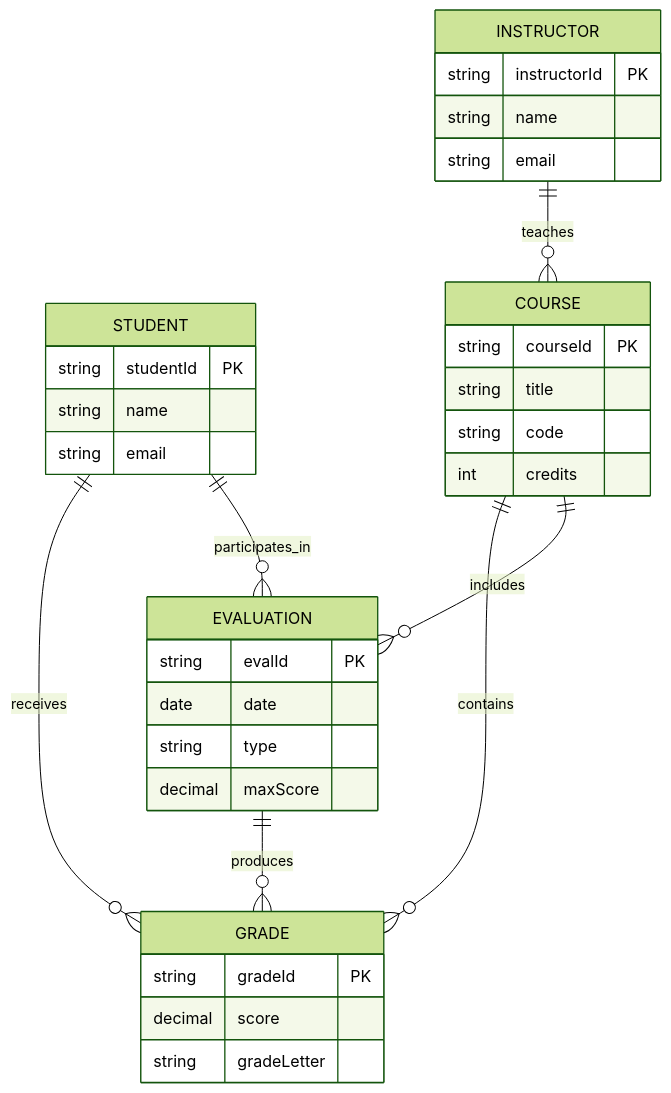
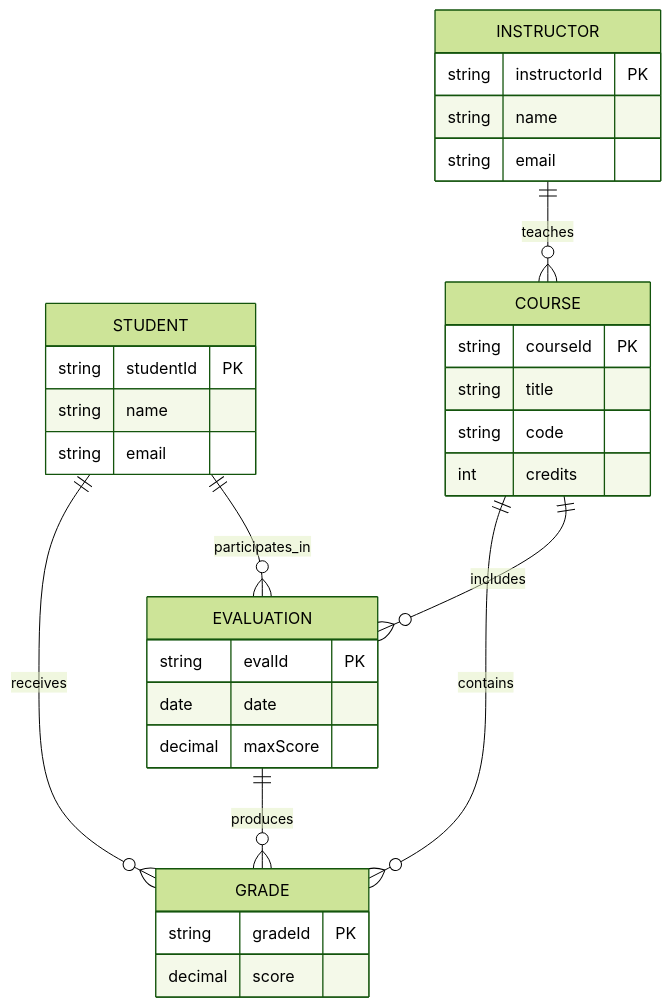
Before and after one commit to ihabChaker/EXAM_THYP_25-26: the diagram in README.md, drawn with Mermaid (forest theme). The commit also changed 1 other file, not shown here.

````diff
--- a/README.md
+++ b/README.md
@@ -8,38 +8,36 @@
 ```mermaid
 erDiagram
 		STUDENT {
 			string studentId PK
 			string name
 			string email
 		}
 		COURSE {
 			string courseId PK
 			string title
 			string code
 			int credits
 		}
 		INSTRUCTOR {
 			string instructorId PK
 			string name
 			string email
 		}
 		EVALUATION {
 			string evalId PK
 			date date
-			string type
 			decimal maxScore
 		}
 		GRADE {
 			string gradeId PK
 			decimal score
-			string gradeLetter
 		}
 
 		STUDENT ||--o{ GRADE : receives
 		COURSE ||--o{ GRADE : contains
 		EVALUATION ||--o{ GRADE : produces
 		INSTRUCTOR ||--o{ COURSE : teaches
 		COURSE ||--o{ EVALUATION : includes
 		STUDENT ||--o{ EVALUATION : participates_in
 
 ```
````
